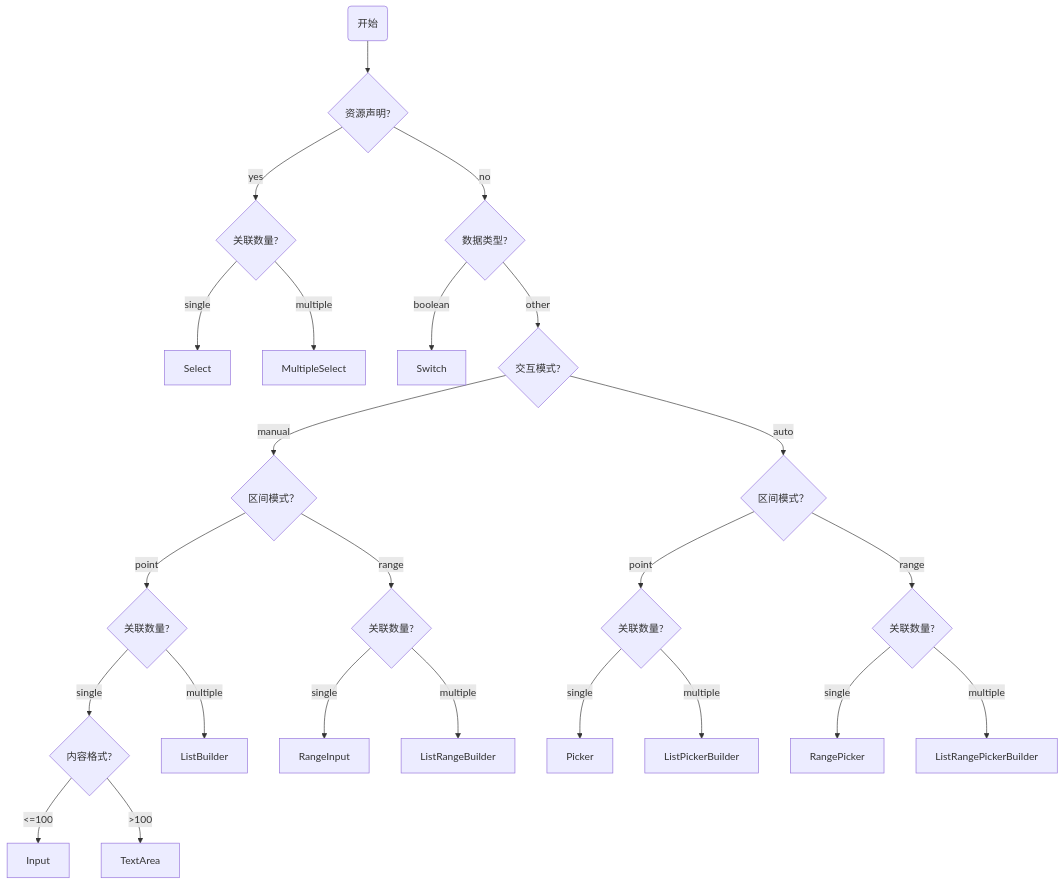
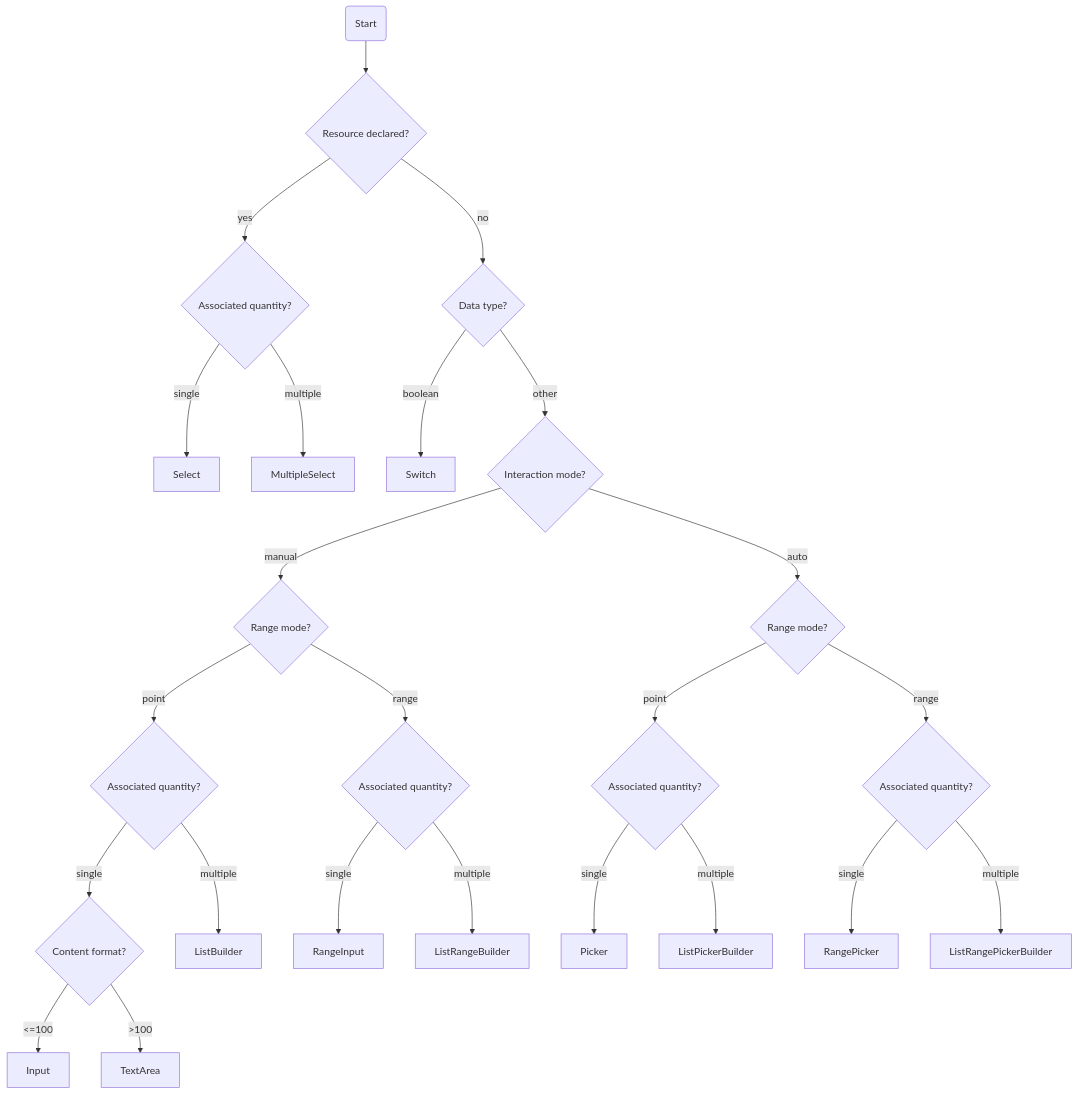
One commit to huang-xiao-jian/themis changed the diagram in specs/interpreter.md. Above: the diagram before and after it, drawn with Mermaid. The commit also changed other lines of this file and 17 other files, not shown here.

````diff
--- a/specs/interpreter.md
+++ b/specs/interpreter.md
@@ -195,45 +195,45 @@
 ```mermaid
 graph TD
-    Start(开始) --> CheckFactorResource{资源声明?}
+    Start(Start) --> CheckFactorResource{Resource declared?}
 
-    %% 受限选项
-    CheckFactorResource -- "yes" --> CheckFactorResourceQuantity{关联数量?}
+    %% restricted options
+    CheckFactorResource -- "yes" --> CheckFactorResourceQuantity{Associated quantity?}
     CheckFactorResourceQuantity -- "single" --> SingleResourceCase[Select]
     CheckFactorResourceQuantity -- "multiple" --> MultipleResourceCase[MultipleSelect]
 
-    %% 非受限选项
-    CheckFactorResource -- "no" --> CheckDataType{数据类型?}
+    %% unrestricted options
+    CheckFactorResource -- "no" --> CheckDataType{Data type?}
 
-    %% boolean 类型
+    %% boolean
     CheckDataType -- "boolean" --> SwitchCase[Switch]
 
-    %% string 类型
-    CheckDataType -- "other" --> CheckPromptMode{交互模式?}
+    %% string
+    CheckDataType -- "other" --> CheckPromptMode{Interaction mode?}
 
-    CheckPromptMode -- "manual" --> CheckManualMode{区间模式？}
-    CheckPromptMode -- "auto" --> CheckAutoMode{区间模式？}
+    CheckPromptMode -- "manual" --> CheckManualMode{Range mode?}
+    CheckPromptMode -- "auto" --> CheckAutoMode{Range mode?}
 
-    CheckManualMode -- "point" --> CheckManualPointQuantity{关联数量?}
-    CheckManualMode -- "range" --> CheckManualRangeQuantity{关联数量?}
+    CheckManualMode -- "point" --> CheckManualPointQuantity{Associated quantity?}
+    CheckManualMode -- "range" --> CheckManualRangeQuantity{Associated quantity?}
 
     %% string + point
-    CheckManualPointQuantity -- "single" --> CheckManualPointSingleLength{内容格式?}
+    CheckManualPointQuantity -- "single" --> CheckManualPointSingleLength{Content format?}
     CheckManualPointQuantity -- "multiple" --> ListBuilderCase[ListBuilder]
 
     %% string + point + single
     CheckManualPointSingleLength -- "<=100" --> InputCase[Input]
     CheckManualPointSingleLength -- ">100" --> TextAreaCase[TextArea]
 
     CheckManualRangeQuantity -- "single" --> RangeInputCase[RangeInput]
     CheckManualRangeQuantity -- "multiple" --> ListRangeBuilderCase[ListRangeBuilder]
 
-    CheckAutoMode -- "point" --> CheckAutoPointQuantity{关联数量?}
-    CheckAutoMode -- "range" --> CheckAutoRangeQuantity{关联数量?}
+    CheckAutoMode -- "point" --> CheckAutoPointQuantity{Associated quantity?}
+    CheckAutoMode -- "range" --> CheckAutoRangeQuantity{Associated quantity?}
 
     %% point
     CheckAutoPointQuantity -- "single" --> PickerCase[Picker]
     CheckAutoPointQuantity -- "multiple" --> ListPickerBuilderCase[ListPickerBuilder]
 
     CheckAutoRangeQuantity -- "single" --> RangePickerCase[RangePicker]
     CheckAutoRangeQuantity -- "multiple" --> ListRangePickerBuilderCase[ListRangePickerBuilder]
 ```
````
